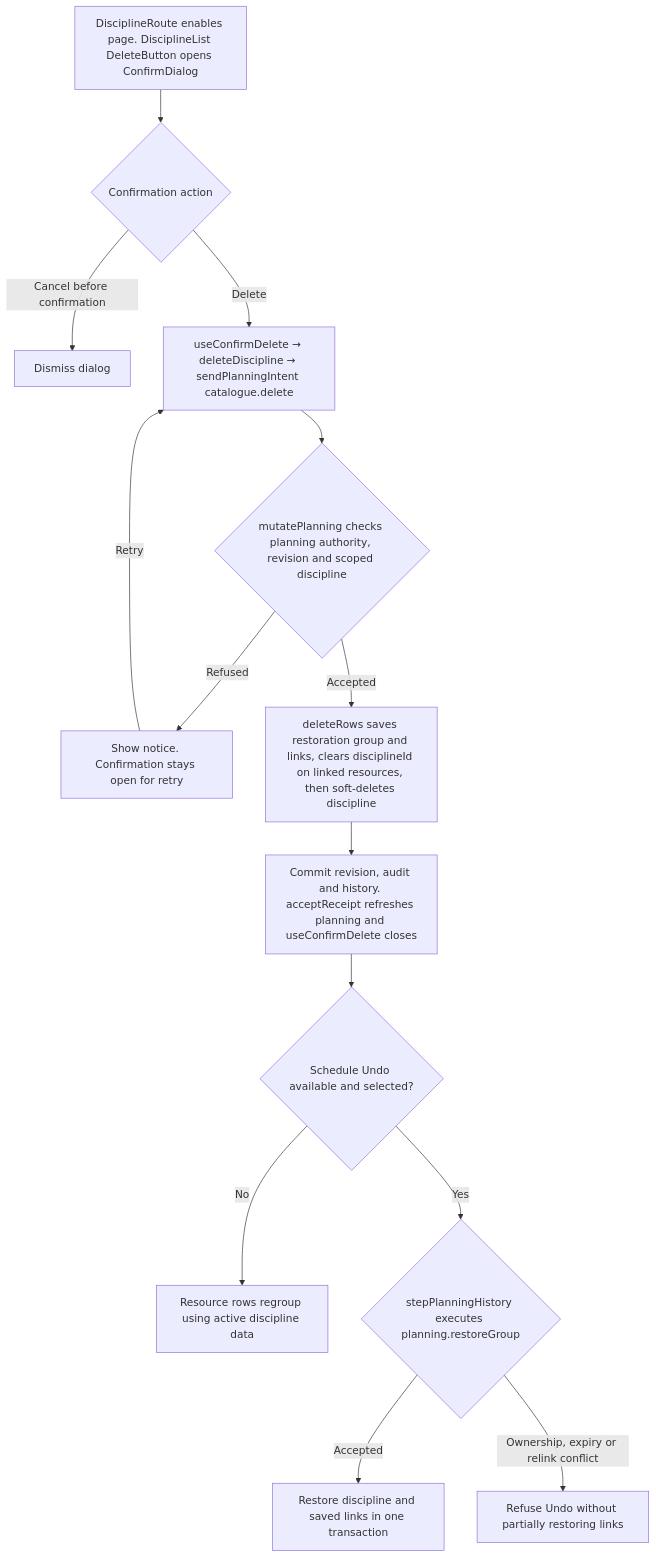
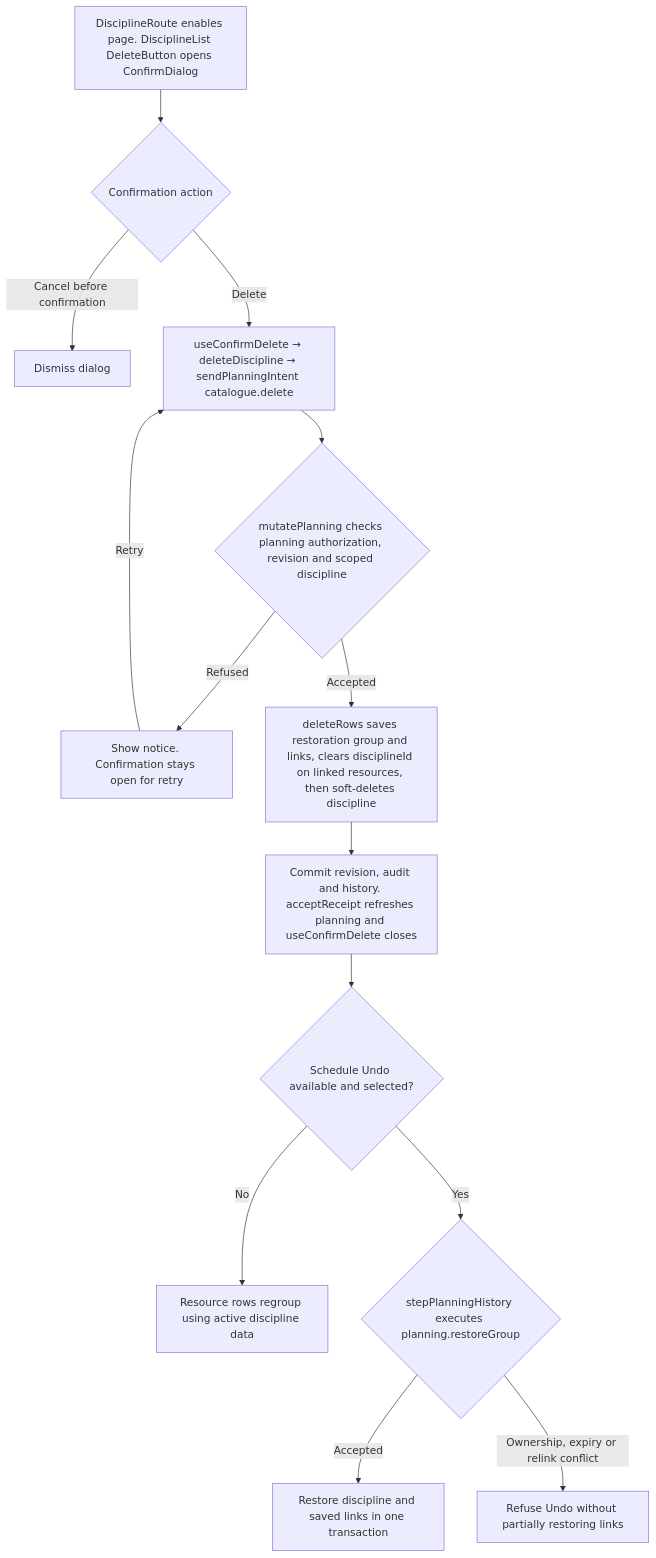
One commit to Kevinjohn/capacitylens changed the second of 2 diagrams in user-stories/disciplines/US-DIS-03-delete-discipline-ungroups.md. Above: the diagram before and after it, drawn with Mermaid. The commit also changed 28 other files, not shown here.

````diff
--- a/user-stories/disciplines/US-DIS-03-delete-discipline-ungroups.md
+++ b/user-stories/disciplines/US-DIS-03-delete-discipline-ungroups.md
@@ -28,16 +28,16 @@
 ```mermaid
 flowchart TD
   PAGE["DisciplineRoute enables page. DisciplineList DeleteButton opens ConfirmDialog"] --> CHOICE{"Confirmation action"}
   CHOICE -->|Cancel before confirmation| CLOSE["Dismiss dialog"]
   CHOICE -->|Delete| SEND["useConfirmDelete → deleteDiscipline → sendPlanningIntent catalogue.delete"]
-  SEND --> SERVER{"mutatePlanning checks planning authority, revision and scoped discipline"}
+  SEND --> SERVER{"mutatePlanning checks planning authorization, revision and scoped discipline"}
   SERVER -->|Refused| ERROR["Show notice. Confirmation stays open for retry"]
   ERROR -->|Retry| SEND
   SERVER -->|Accepted| DELETE["deleteRows saves restoration group and links, clears disciplineId on linked resources, then soft-deletes discipline"]
   DELETE --> COMMIT["Commit revision, audit and history. acceptReceipt refreshes planning and useConfirmDelete closes"]
   COMMIT --> UNDO{"Schedule Undo available and selected?"}
   UNDO -->|No| LIST["Resource rows regroup using active discipline data"]
   UNDO -->|Yes| RESTORE{"stepPlanningHistory executes planning.restoreGroup"}
   RESTORE -->|Accepted| JOIN["Restore discipline and saved links in one transaction"]
   RESTORE -->|Ownership, expiry or relink conflict| REFUSE["Refuse Undo without partially restoring links"]
 ```
````
